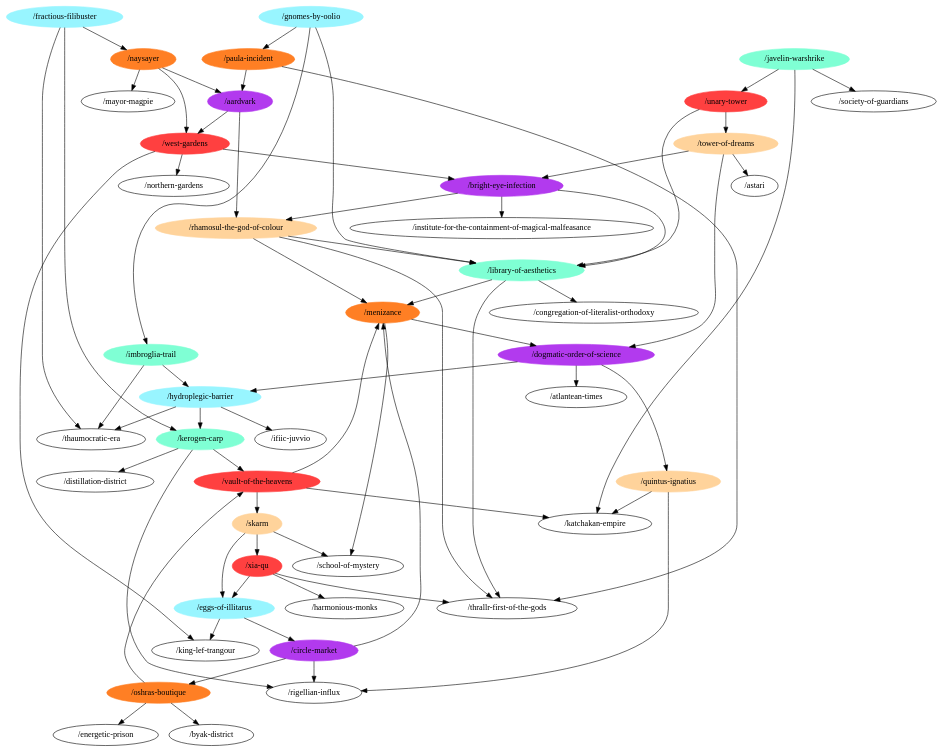
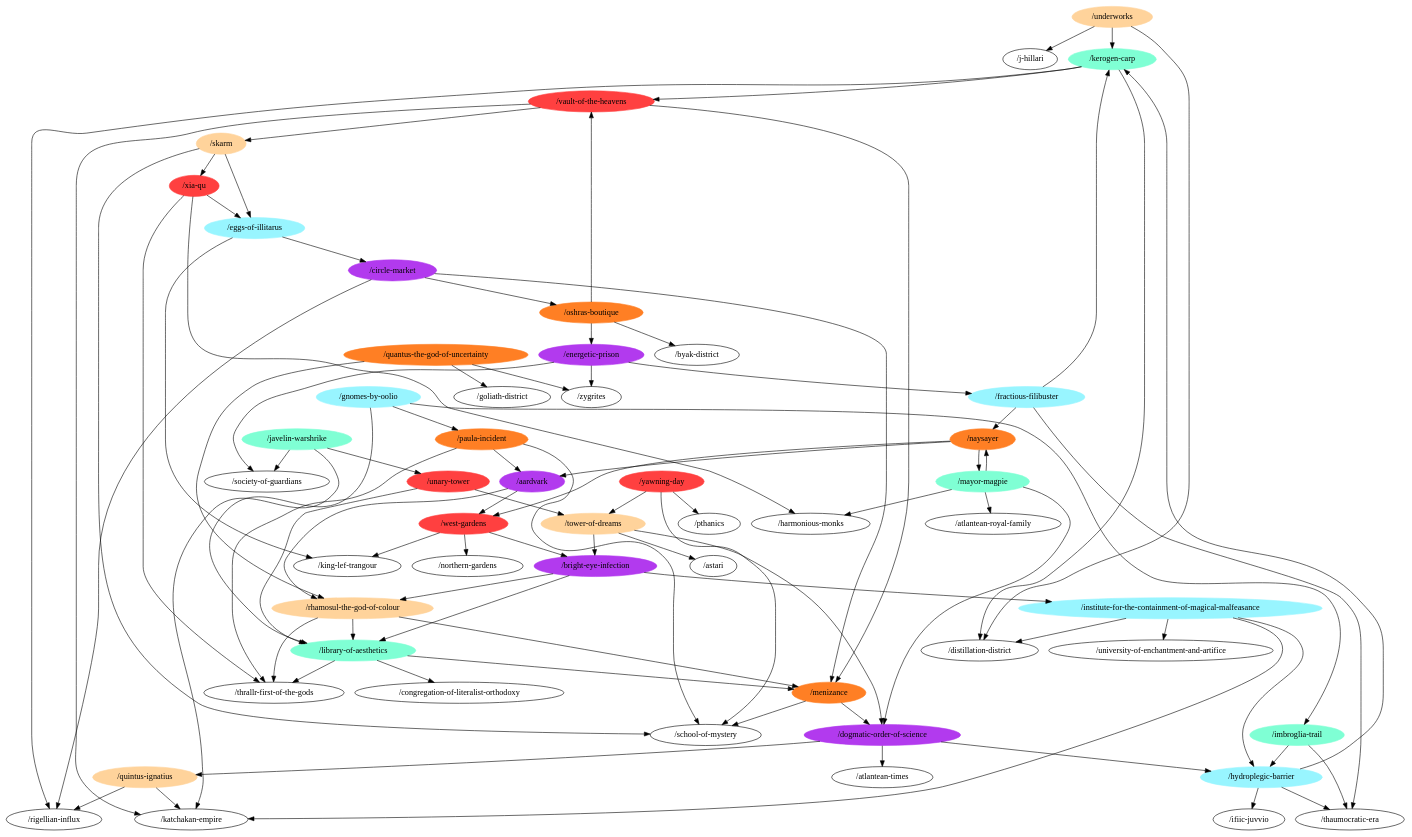
One commit to m-r-hunt/od117-walker changed the diagram in at-general.dot. Above: the diagram before and after it, drawn with Graphviz. The commit also changed 3 other files, not shown here.

Commit message:
Updated graphs.

```diff
--- a/at-general.dot
+++ b/at-general.dot
@@ -1,109 +1,139 @@
 digraph G {
-"/institute-for-the-containment-of-magical-malfeasance";
+"/underworks" [color=burlywood1,style=filled];
+"/institute-for-the-containment-of-magical-malfeasance" [color=cadetblue1,style=filled];
+"/j-hillari";
 "/thrallr-first-of-the-gods";
 "/harmonious-monks";
 "/unary-tower" [color=brown1,style=filled];
 "/kerogen-carp" [color=aquamarine,style=filled];
+"/goliath-district";
 "/atlantean-times";
 "/skarm" [color=burlywood1,style=filled];
-"/energetic-prison";
+"/energetic-prison" [color=darkorchid2,style=filled];
 "/javelin-warshrike" [color=aquamarine,style=filled];
 "/school-of-mystery";
 "/imbroglia-trail" [color=aquamarine,style=filled];
 "/king-lef-trangour";
 "/rhamosul-the-god-of-colour" [color=burlywood1,style=filled];
 "/eggs-of-illitarus" [color=cadetblue1,style=filled];
+"/quantus-the-god-of-uncertainty" [color=chocolate1,style=filled];
 "/distillation-district";
 "/paula-incident" [color=chocolate1,style=filled];
 "/naysayer" [color=chocolate1,style=filled];
 "/ifiic-juvvio";
 "/northern-gardens";
 "/quintus-ignatius" [color=burlywood1,style=filled];
 "/bright-eye-infection" [color=darkorchid2,style=filled];
 "/society-of-guardians";
 "/byak-district";
 "/vault-of-the-heavens" [color=brown1,style=filled];
 "/west-gardens" [color=brown1,style=filled];
 "/xia-qu" [color=brown1,style=filled];
 "/thaumocratic-era";
-"/mayor-magpie";
+"/mayor-magpie" [color=aquamarine,style=filled];
 "/astari";
+"/yawning-day" [color=brown1,style=filled];
 "/tower-of-dreams" [color=burlywood1,style=filled];
+"/zygrites";
+"/atlantean-royal-family";
 "/oshras-boutique" [color=chocolate1,style=filled];
+"/pthanics";
 "/dogmatic-order-of-science" [color=darkorchid2,style=filled];
 "/congregation-of-literalist-orthodoxy";
 "/rigellian-influx";
 "/fractious-filibuster" [color=cadetblue1,style=filled];
 "/hydroplegic-barrier" [color=cadetblue1,style=filled];
 "/gnomes-by-oolio" [color=cadetblue1,style=filled];
 "/library-of-aesthetics" [color=aquamarine,style=filled];
 "/circle-market" [color=darkorchid2,style=filled];
 "/menizance" [color=chocolate1,style=filled];
+"/university-of-enchantment-and-artifice";
 "/katchakan-empire";
 "/aardvark" [color=darkorchid2,style=filled];
+"/underworks" -> "/j-hillari";
+"/underworks" -> "/kerogen-carp";
+"/underworks" -> "/distillation-district";
+"/institute-for-the-containment-of-magical-malfeasance" -> "/distillation-district";
+"/institute-for-the-containment-of-magical-malfeasance" -> "/hydroplegic-barrier";
+"/institute-for-the-containment-of-magical-malfeasance" -> "/university-of-enchantment-and-artifice";
+"/institute-for-the-containment-of-magical-malfeasance" -> "/katchakan-empire";
 "/unary-tower" -> "/tower-of-dreams";
 "/unary-tower" -> "/library-of-aesthetics";
 "/kerogen-carp" -> "/distillation-district";
 "/kerogen-carp" -> "/vault-of-the-heavens";
 "/kerogen-carp" -> "/rigellian-influx";
 "/skarm" -> "/school-of-mystery";
 "/skarm" -> "/eggs-of-illitarus";
 "/skarm" -> "/xia-qu";
+"/energetic-prison" -> "/society-of-guardians";
+"/energetic-prison" -> "/zygrites";
+"/energetic-prison" -> "/fractious-filibuster";
 "/javelin-warshrike" -> "/unary-tower";
 "/javelin-warshrike" -> "/society-of-guardians";
 "/javelin-warshrike" -> "/katchakan-empire";
 "/imbroglia-trail" -> "/thaumocratic-era";
 "/imbroglia-trail" -> "/hydroplegic-barrier";
 "/rhamosul-the-god-of-colour" -> "/thrallr-first-of-the-gods";
 "/rhamosul-the-god-of-colour" -> "/library-of-aesthetics";
 "/rhamosul-the-god-of-colour" -> "/menizance";
 "/eggs-of-illitarus" -> "/king-lef-trangour";
 "/eggs-of-illitarus" -> "/circle-market";
+"/quantus-the-god-of-uncertainty" -> "/goliath-district";
+"/quantus-the-god-of-uncertainty" -> "/rhamosul-the-god-of-colour";
+"/quantus-the-god-of-uncertainty" -> "/zygrites";
 "/paula-incident" -> "/thrallr-first-of-the-gods";
+"/paula-incident" -> "/school-of-mystery";
 "/paula-incident" -> "/aardvark";
 "/naysayer" -> "/west-gardens";
 "/naysayer" -> "/mayor-magpie";
 "/naysayer" -> "/aardvark";
 "/quintus-ignatius" -> "/rigellian-influx";
 "/quintus-ignatius" -> "/katchakan-empire";
 "/bright-eye-infection" -> "/institute-for-the-containment-of-magical-malfeasance";
 "/bright-eye-infection" -> "/rhamosul-the-god-of-colour";
 "/bright-eye-infection" -> "/library-of-aesthetics";
 "/vault-of-the-heavens" -> "/skarm";
 "/vault-of-the-heavens" -> "/menizance";
 "/vault-of-the-heavens" -> "/katchakan-empire";
 "/west-gardens" -> "/king-lef-trangour";
 "/west-gardens" -> "/northern-gardens";
 "/west-gardens" -> "/bright-eye-infection";
 "/xia-qu" -> "/thrallr-first-of-the-gods";
 "/xia-qu" -> "/harmonious-monks";
 "/xia-qu" -> "/eggs-of-illitarus";
+"/mayor-magpie" -> "/harmonious-monks";
+"/mayor-magpie" -> "/naysayer";
+"/mayor-magpie" -> "/atlantean-royal-family";
+"/mayor-magpie" -> "/dogmatic-order-of-science";
+"/yawning-day" -> "/school-of-mystery";
+"/yawning-day" -> "/tower-of-dreams";
+"/yawning-day" -> "/pthanics";
 "/tower-of-dreams" -> "/bright-eye-infection";
 "/tower-of-dreams" -> "/astari";
 "/tower-of-dreams" -> "/dogmatic-order-of-science";
 "/oshras-boutique" -> "/energetic-prison";
 "/oshras-boutique" -> "/byak-district";
 "/oshras-boutique" -> "/vault-of-the-heavens";
 "/dogmatic-order-of-science" -> "/atlantean-times";
 "/dogmatic-order-of-science" -> "/quintus-ignatius";
 "/dogmatic-order-of-science" -> "/hydroplegic-barrier";
 "/fractious-filibuster" -> "/kerogen-carp";
 "/fractious-filibuster" -> "/naysayer";
 "/fractious-filibuster" -> "/thaumocratic-era";
 "/hydroplegic-barrier" -> "/kerogen-carp";
 "/hydroplegic-barrier" -> "/ifiic-juvvio";
 "/hydroplegic-barrier" -> "/thaumocratic-era";
 "/gnomes-by-oolio" -> "/imbroglia-trail";
 "/gnomes-by-oolio" -> "/paula-incident";
 "/gnomes-by-oolio" -> "/library-of-aesthetics";
 "/library-of-aesthetics" -> "/thrallr-first-of-the-gods";
 "/library-of-aesthetics" -> "/congregation-of-literalist-orthodoxy";
 "/library-of-aesthetics" -> "/menizance";
 "/circle-market" -> "/oshras-boutique";
 "/circle-market" -> "/rigellian-influx";
 "/circle-market" -> "/menizance";
 "/menizance" -> "/school-of-mystery";
 "/menizance" -> "/dogmatic-order-of-science";
 "/aardvark" -> "/rhamosul-the-god-of-colour";
 "/aardvark" -> "/west-gardens";
 }
```
